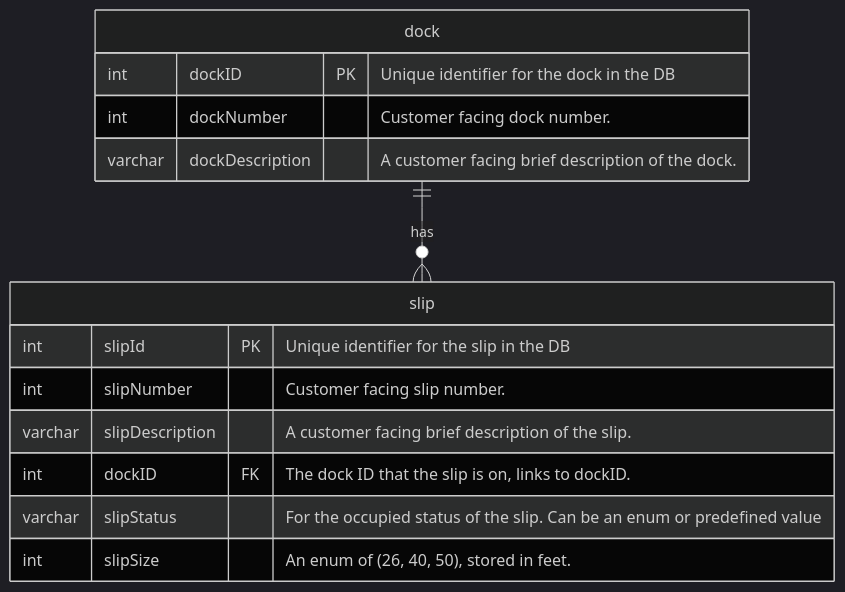
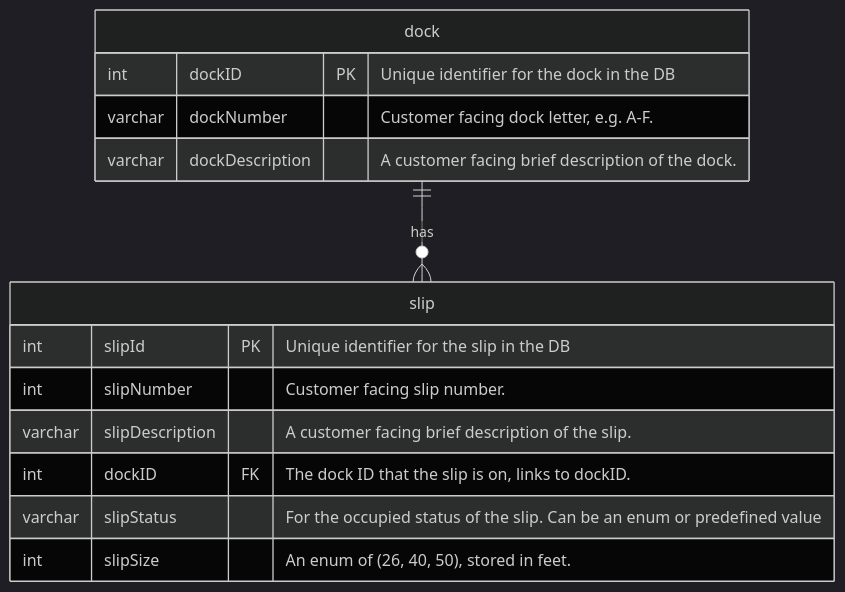
The diagram in Module-3/ERD/slip.mmd (BobbyJoeCool/csd460-blueteam), drawn with Mermaid (dark theme) before and after one commit. The commit also changed 2 other files, not shown here.

Commit message:
Update ERD

```diff
--- a/Module-3/ERD/slip.mmd
+++ b/Module-3/ERD/slip.mmd
@@ -1,22 +1,22 @@
 %% Robert Breutzmann - Slip and Dock Tables First Draft
 
 erDiagram
     slip {
         int slipId PK "Unique identifier for the slip in the DB"
         int slipNumber "Customer facing slip number."
         varchar slipDescription "A customer facing brief description of the slip."
         int dockID FK "The dock ID that the slip is on, links to dockID."
         varchar slipStatus "For the occupied status of the slip.  Can be an enum or predefined value"
         int slipSize "An enum of (26, 40, 50), stored in feet."
     }
 
     dock {
         int dockID PK "Unique identifier for the dock in the DB"
-        int dockNumber "Customer facing dock number."
+        varchar dockNumber "Customer facing dock letter, e.g. A-F."
         varchar dockDescription "A customer facing brief description of the dock."
     }
 
     dock ||--o{ slip : "has"
 
 %% A specific slip's location to a customer will be dockNumber-slipNumber.
 %% The Descriptions are a short description for the customer about where to find the dock or slip.
```
